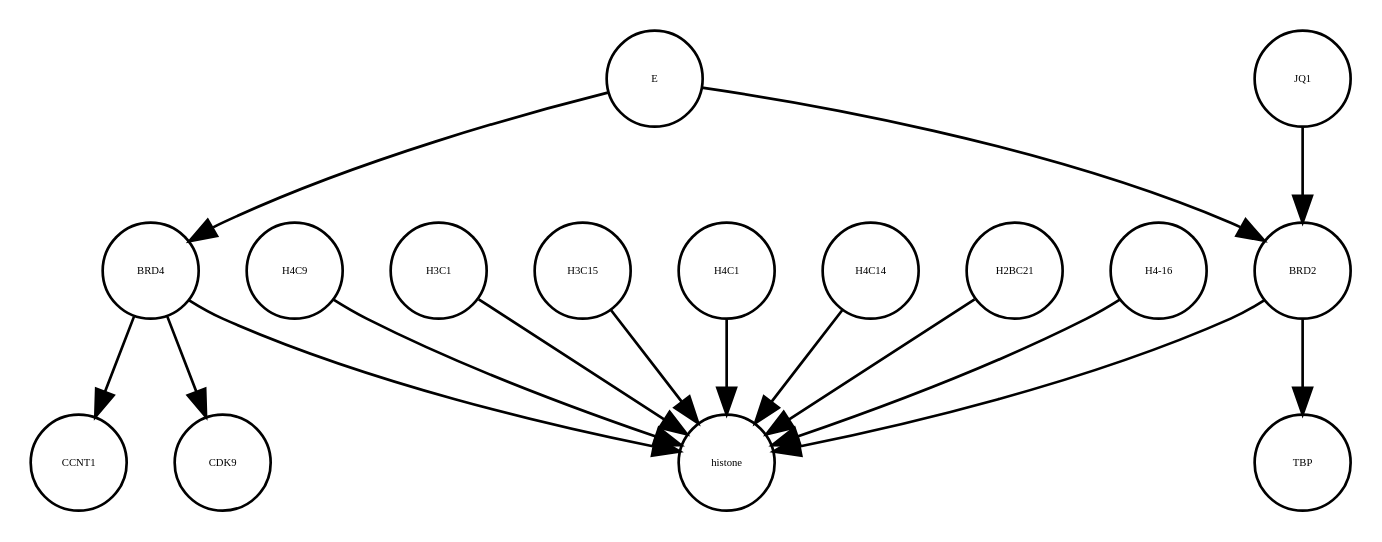
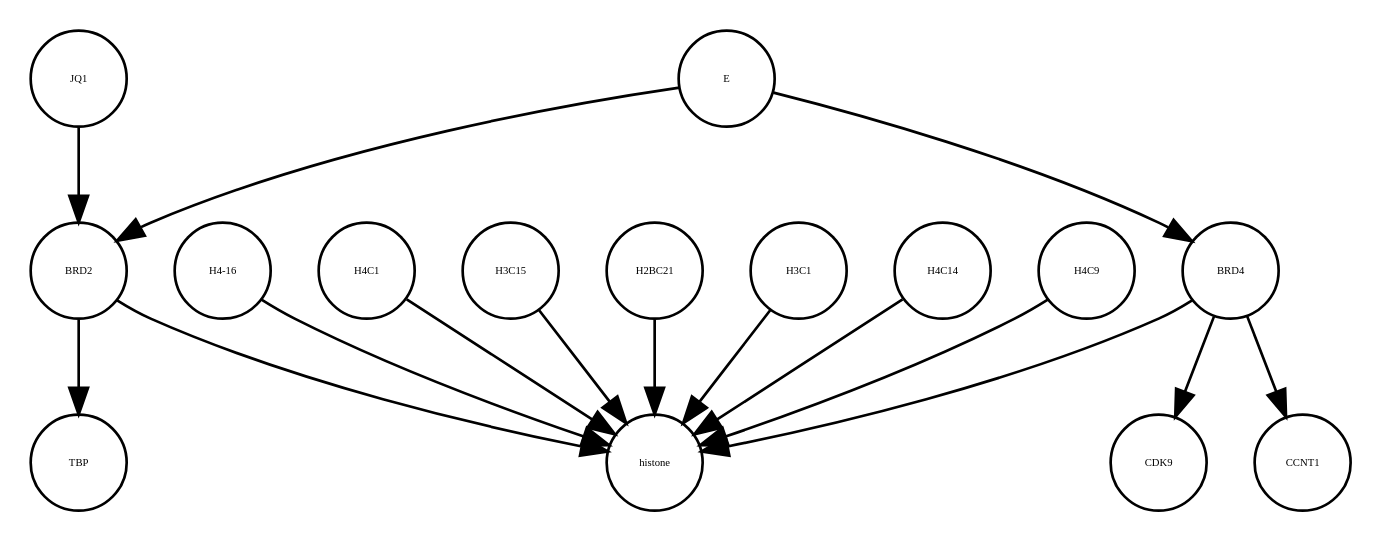
One commit to cannin/covid19-sbgn changed the diagram in E_SARS_CoV_2_21_05_2020.xml_projected.dot. Above: the diagram before and after it, drawn with Graphviz. The commit also changed other lines of this file and 583 other files, not shown here.

```diff
--- a/E_SARS_CoV_2_21_05_2020.xml_projected.dot
+++ b/E_SARS_CoV_2_21_05_2020.xml_projected.dot
@@ -1,32 +1,32 @@
 strict digraph  {
+CDK9 [annotation="", bipartite=0, cls=macromolecule, fontsize=4, label=CDK9, shape=circle];
+"H4-16" [annotation="", bipartite=0, cls=macromolecule, fontsize=4, label="H4-16", shape=circle];
+BRD2 [annotation="", bipartite=0, cls=macromolecule, fontsize=4, label=BRD2, shape=circle];
+H4C1 [annotation="", bipartite=0, cls=macromolecule, fontsize=4, label=H4C1, shape=circle];
+BRD4 [annotation="", bipartite=0, cls=macromolecule, fontsize=4, label=BRD4, shape=circle];
+histone [annotation="", bipartite=0, cls=complex, fontsize=4, label=histone, shape=circle];
+JQ1 [annotation="", bipartite=0, cls=macromolecule, fontsize=4, label=JQ1, shape=circle];
+H3C15 [annotation="", bipartite=0, cls=macromolecule, fontsize=4, label=H3C15, shape=circle];
+H2BC21 [annotation="", bipartite=0, cls=macromolecule, fontsize=4, label=H2BC21, shape=circle];
+H3C1 [annotation="", bipartite=0, cls=macromolecule, fontsize=4, label=H3C1, shape=circle];
+E [annotation=urn_miriam_ncbiprotein_BCD58755, bipartite=0, cls=macromolecule, fontsize=4, label=E, shape=circle];
+CCNT1 [annotation="", bipartite=0, cls=macromolecule, fontsize=4, label=CCNT1, shape=circle];
+TBP [annotation="", bipartite=0, cls=macromolecule, fontsize=4, label=TBP, shape=circle];
+H4C14 [annotation="", bipartite=0, cls=macromolecule, fontsize=4, label=H4C14, shape=circle];
 H4C9 [annotation="", bipartite=0, cls=macromolecule, fontsize=4, label=H4C9, shape=circle];
-E [annotation=urn_miriam_ncbiprotein_BCD58755, bipartite=0, cls=macromolecule, fontsize=4, label=E, shape=circle];
-TBP [annotation="", bipartite=0, cls=macromolecule, fontsize=4, label=TBP, shape=circle];
-H3C1 [annotation="", bipartite=0, cls=macromolecule, fontsize=4, label=H3C1, shape=circle];
-H3C15 [annotation="", bipartite=0, cls=macromolecule, fontsize=4, label=H3C15, shape=circle];
-BRD4 [annotation="", bipartite=0, cls=macromolecule, fontsize=4, label=BRD4, shape=circle];
-CCNT1 [annotation="", bipartite=0, cls=macromolecule, fontsize=4, label=CCNT1, shape=circle];
-CDK9 [annotation="", bipartite=0, cls=macromolecule, fontsize=4, label=CDK9, shape=circle];
-H4C1 [annotation="", bipartite=0, cls=macromolecule, fontsize=4, label=H4C1, shape=circle];
-BRD2 [annotation="", bipartite=0, cls=macromolecule, fontsize=4, label=BRD2, shape=circle];
-H4C14 [annotation="", bipartite=0, cls=macromolecule, fontsize=4, label=H4C14, shape=circle];
-H2BC21 [annotation="", bipartite=0, cls=macromolecule, fontsize=4, label=H2BC21, shape=circle];
-JQ1 [annotation="", bipartite=0, cls=macromolecule, fontsize=4, label=JQ1, shape=circle];
-histone [annotation="", bipartite=0, cls=complex, fontsize=4, label=histone, shape=circle];
-"H4-16" [annotation="", bipartite=0, cls=macromolecule, fontsize=4, label="H4-16", shape=circle];
-H4C9 -> histone  [annotation="", interaction_type=production];
-E -> BRD4  [annotation="urn_miriam_doi_10.1038%2Fs41586-020-2286-9", interaction_type=inhibition];
-E -> BRD2  [annotation="urn_miriam_doi_10.1038%2Fs41586-020-2286-9|urn_miriam_doi_10.1080%2F15592294.2018.1469891", interaction_type=inhibition];
-H3C1 -> histone  [annotation="", interaction_type=production];
-H3C15 -> histone  [annotation="", interaction_type=production];
+"H4-16" -> histone  [annotation="", interaction_type=production];
+BRD2 -> TBP  [annotation="urn_miriam_doi_10.1007%2Fs11010-006-9223-6", interaction_type=catalysis];
+BRD2 -> histone  [annotation="urn_miriam_doi_10.1038%2Fnsmb.3228.|urn_miriam_doi_10.1016%2Fj.molcel.2008.01.018", interaction_type=catalysis];
+H4C1 -> histone  [annotation="", interaction_type=production];
+BRD4 -> CDK9  [annotation=urn_miriam_taxonomy_10090, interaction_type=catalysis];
 BRD4 -> histone  [annotation="urn_miriam_doi_10.1038%2Fnsmb.3228.|urn_miriam_doi_10.1016%2Fj.molcel.2008.01.018", interaction_type=catalysis];
 BRD4 -> CCNT1  [annotation="", interaction_type=catalysis];
-BRD4 -> CDK9  [annotation=urn_miriam_taxonomy_10090, interaction_type=catalysis];
-H4C1 -> histone  [annotation="", interaction_type=production];
-BRD2 -> histone  [annotation="urn_miriam_doi_10.1038%2Fnsmb.3228.|urn_miriam_doi_10.1016%2Fj.molcel.2008.01.018", interaction_type=catalysis];
-BRD2 -> TBP  [annotation="urn_miriam_doi_10.1007%2Fs11010-006-9223-6", interaction_type=catalysis];
+JQ1 -> BRD2  [annotation="urn_miriam_doi_10.1038%2Fs41586-020-2286-9|urn_miriam_doi_10.1080%2F15592294.2018.1469891", interaction_type=inhibition];
+H3C15 -> histone  [annotation="", interaction_type=production];
+H2BC21 -> histone  [annotation="", interaction_type=production];
+H3C1 -> histone  [annotation="", interaction_type=production];
+E -> BRD2  [annotation="urn_miriam_doi_10.1038%2Fs41586-020-2286-9|urn_miriam_doi_10.1080%2F15592294.2018.1469891", interaction_type=inhibition];
+E -> BRD4  [annotation="urn_miriam_doi_10.1038%2Fs41586-020-2286-9", interaction_type=inhibition];
 H4C14 -> histone  [annotation="", interaction_type=production];
-H2BC21 -> histone  [annotation="", interaction_type=production];
-JQ1 -> BRD2  [annotation="urn_miriam_doi_10.1038%2Fs41586-020-2286-9|urn_miriam_doi_10.1080%2F15592294.2018.1469891", interaction_type=inhibition];
-"H4-16" -> histone  [annotation="", interaction_type=production];
+H4C9 -> histone  [annotation="", interaction_type=production];
 }
```
